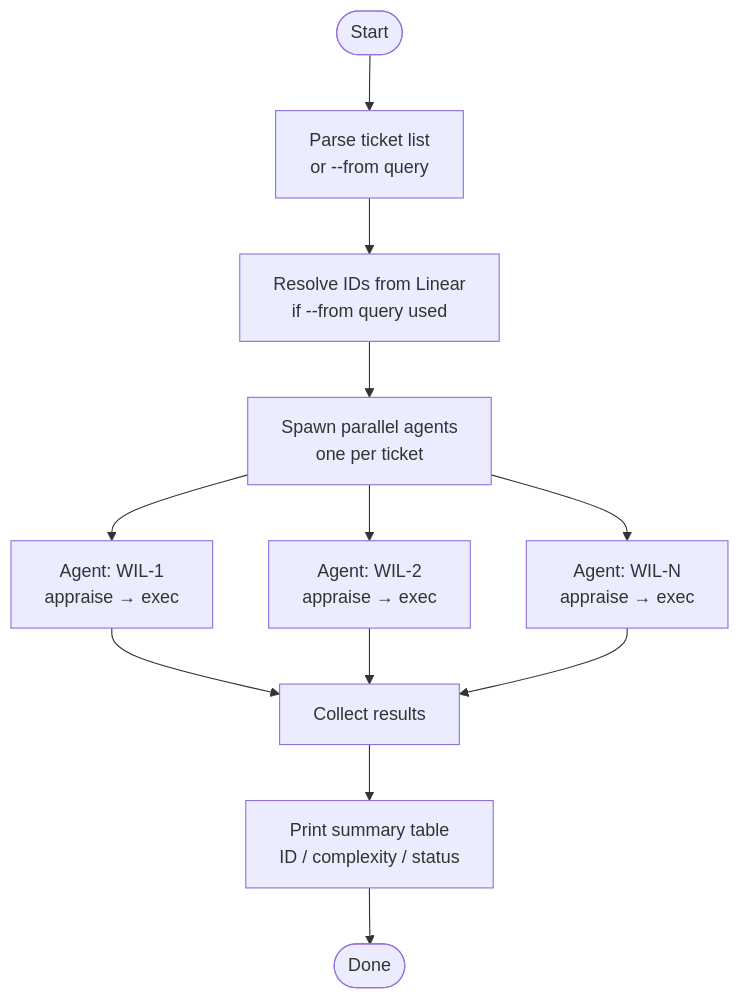
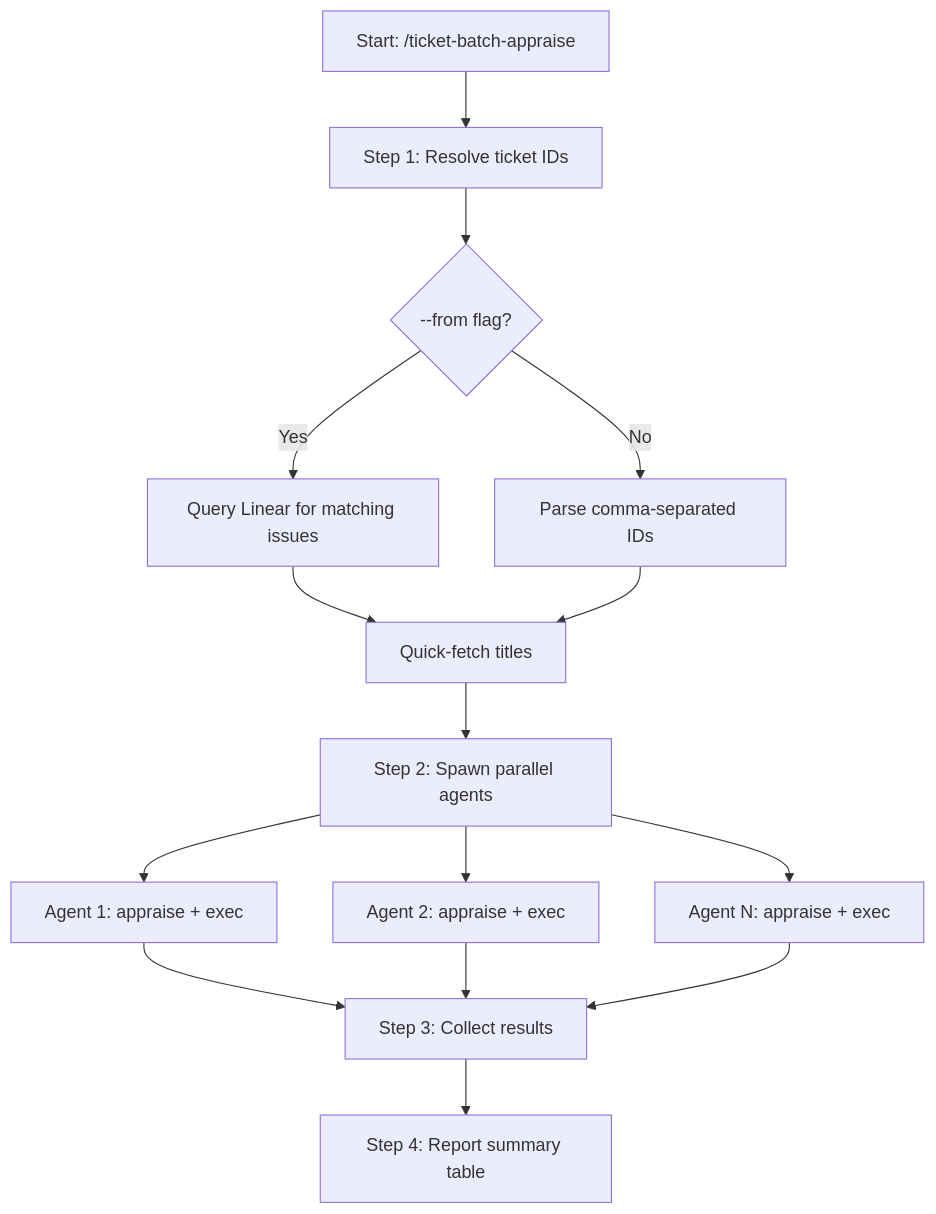
One commit to willard-pro/claude-plugins changed the diagram in ticket-auto-pipeline/docs/skills/ticket-batch-appraise.md. Above: the diagram before and after it, drawn with Mermaid. The commit also changed other lines of this file and 39 other files, not shown here.

````diff
--- a/ticket-auto-pipeline/docs/skills/ticket-batch-appraise.md
+++ b/ticket-auto-pipeline/docs/skills/ticket-batch-appraise.md
@@ -34,14 +34,17 @@
 ```mermaid
 flowchart TD
-    A([Start]) --> B[Parse ticket list\nor --from query]
-    B --> C[Resolve IDs from Linear\nif --from query used]
-    C --> D[Spawn parallel agents\none per ticket]
-    D --> E1[Agent: WIL-1\nappraise → exec]
-    D --> E2[Agent: WIL-2\nappraise → exec]
-    D --> E3[Agent: WIL-N\nappraise → exec]
-    E1 --> F[Collect results]
-    E2 --> F
-    E3 --> F
-    F --> G[Print summary table\nID / complexity / status]
-    G --> H([Done])
+    A[Start: /ticket-batch-appraise] --> B[Step 1: Resolve ticket IDs]
+    B --> C{--from flag?}
+    C -->|Yes| D[Query Linear for matching issues]
+    C -->|No| E[Parse comma-separated IDs]
+    D --> F[Quick-fetch titles]
+    E --> F
+    F --> G[Step 2: Spawn parallel agents]
+    G --> H[Agent 1: appraise + exec]
+    G --> I[Agent 2: appraise + exec]
+    G --> J[Agent N: appraise + exec]
+    H --> K[Step 3: Collect results]
+    I --> K
+    J --> K
+    K --> L[Step 4: Report summary table]
 ```
````
